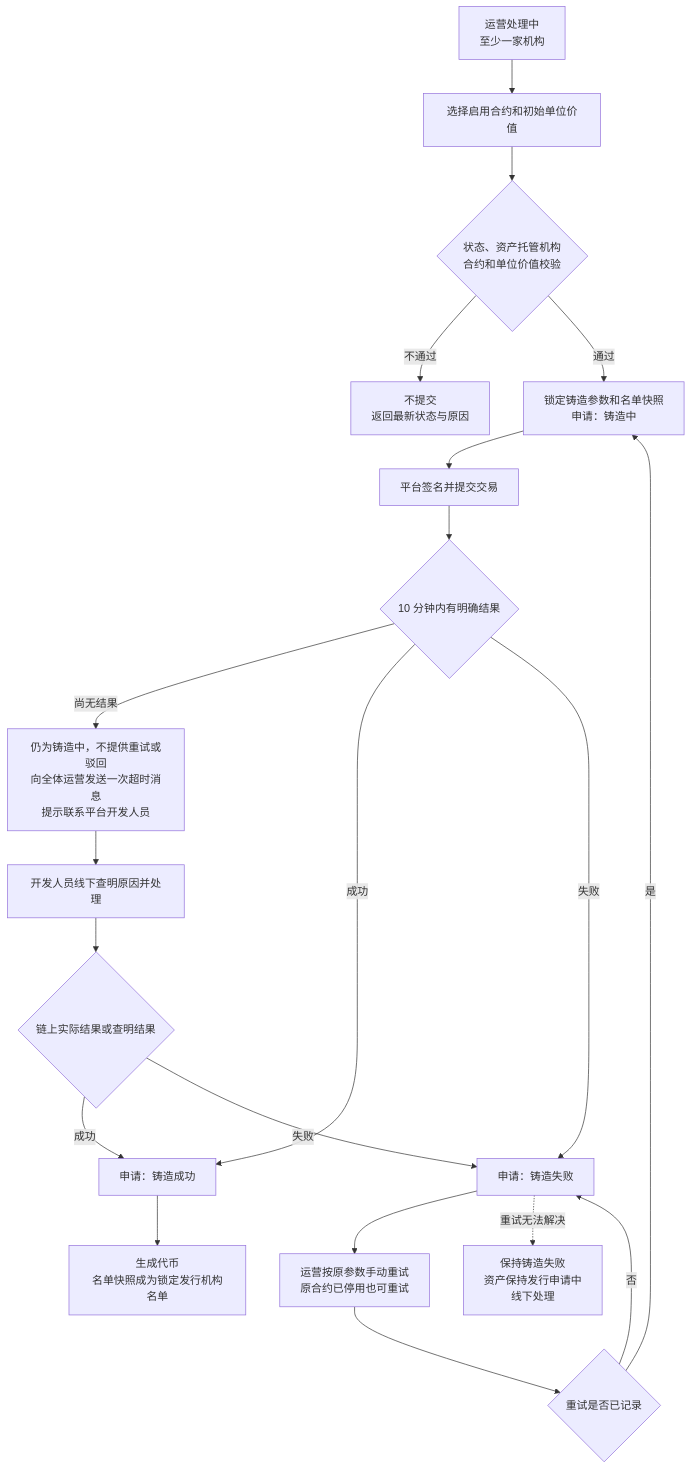
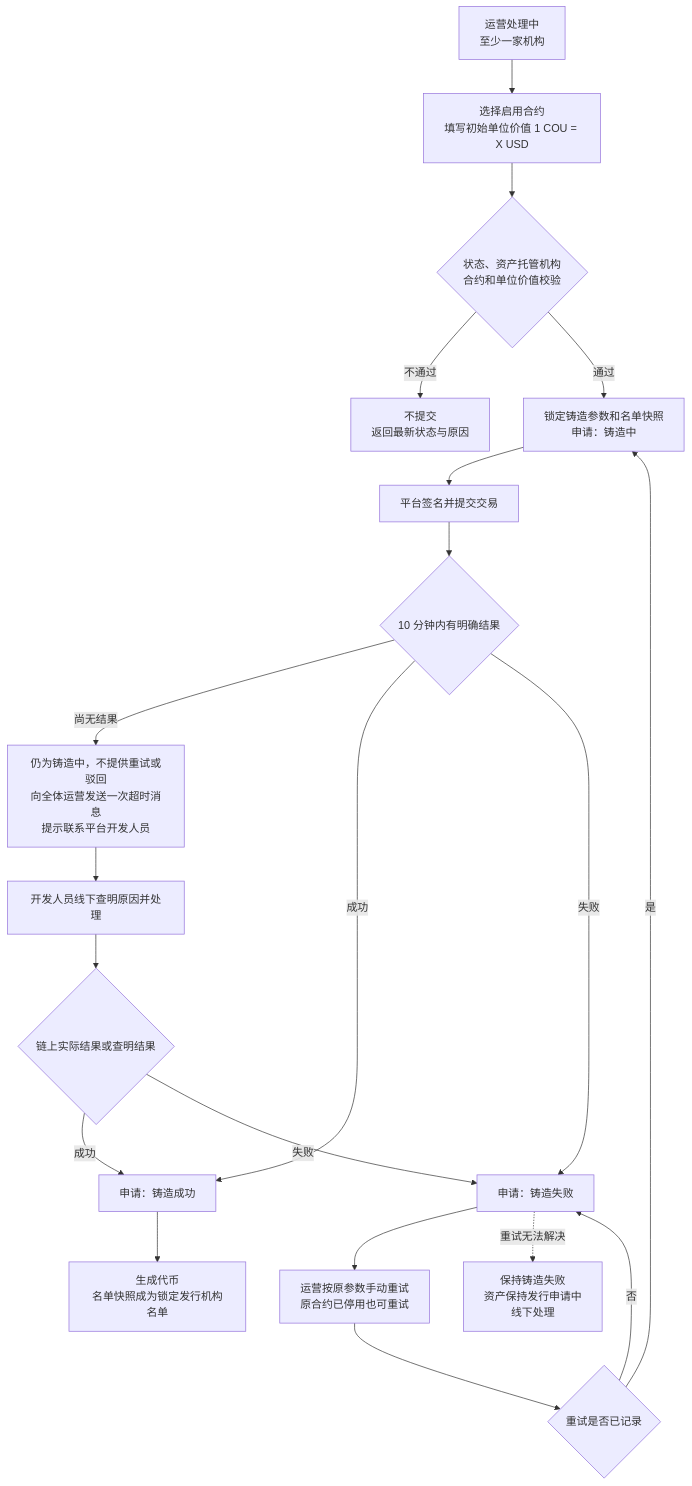
The second of 5 diagrams in token-issuance-platform/PRD/管理端/M3b-代币发行-审核与铸造/02-代币发行-审核与铸造-流程图与状态机.md (wxblockchain/Chain-Financing), drawn with Mermaid before and after one commit. The commit also changed other lines of this file and 21 other files, not shown here.

````diff
--- a/token-issuance-platform/PRD/管理端/M3b-代币发行-审核与铸造/02-代币发行-审核与铸造-流程图与状态机.md
+++ b/token-issuance-platform/PRD/管理端/M3b-代币发行-审核与铸造/02-代币发行-审核与铸造-流程图与状态机.md
@@ -54,22 +54,22 @@
 ```mermaid
 flowchart TD
-    A[运营处理中<br/>至少一家机构] --> B[选择启用合约和初始单位价值]
+    A[运营处理中<br/>至少一家机构] --> B[选择启用合约<br/>填写初始单位价值 1 COU = X USD]
     B --> C{状态、资产托管机构<br/>合约和单位价值校验}
     C -->|不通过| D[不提交<br/>返回最新状态与原因]
     C -->|通过| E[锁定铸造参数和名单快照<br/>申请：铸造中]
     E --> F[平台签名并提交交易]
     F --> G{10 分钟内有明确结果}
     G -->|尚无结果| H[仍为铸造中，不提供重试或驳回<br/>向全体运营发送一次超时消息<br/>提示联系平台开发人员]
     H --> I[开发人员线下查明原因并处理]
     I --> I2{链上实际结果或查明结果}
     G -->|成功| J[申请：铸造成功]
     G -->|失败| K[申请：铸造失败]
     I2 -->|成功| J
     I2 -->|失败| K
     K --> L[运营按原参数手动重试<br/>原合约已停用也可重试]
     L --> L2{重试是否已记录}
     L2 -->|否| K
     L2 -->|是| E
     K -.重试无法解决.-> N[保持铸造失败<br/>资产保持发行申请中<br/>线下处理]
     J --> M[生成代币<br/>名单快照成为锁定发行机构名单]
 ```
````
